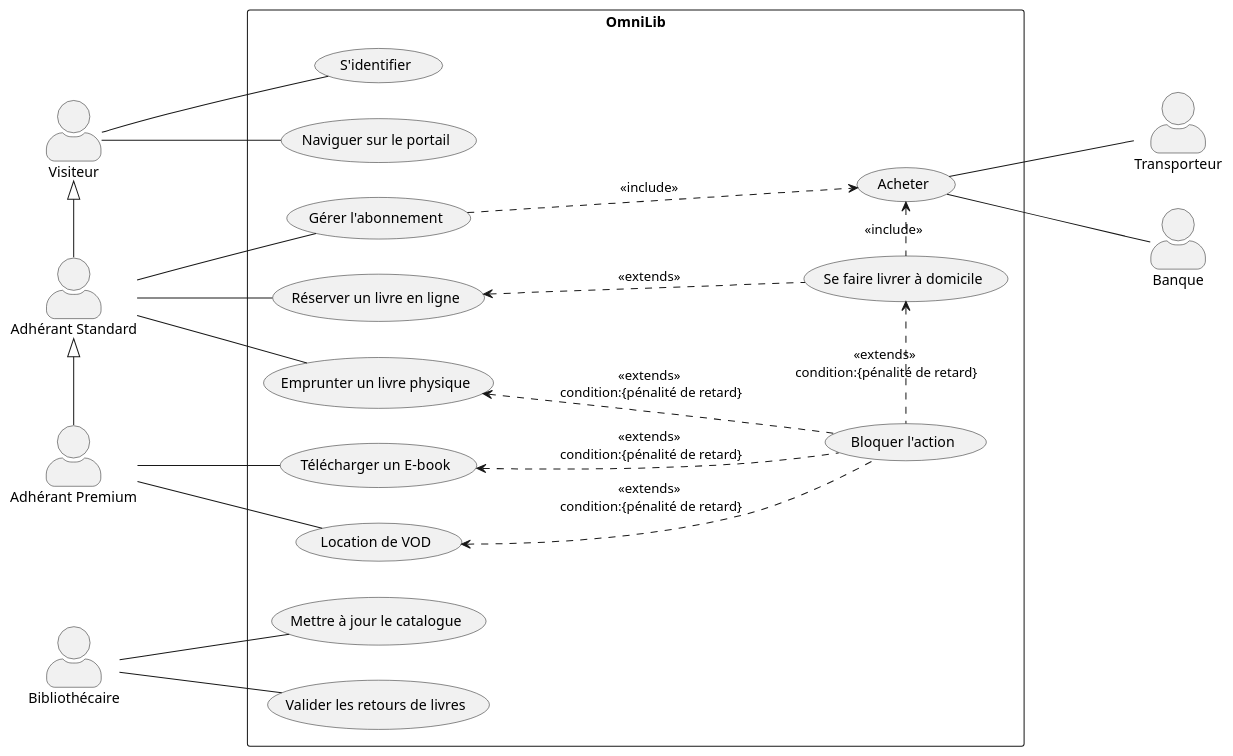
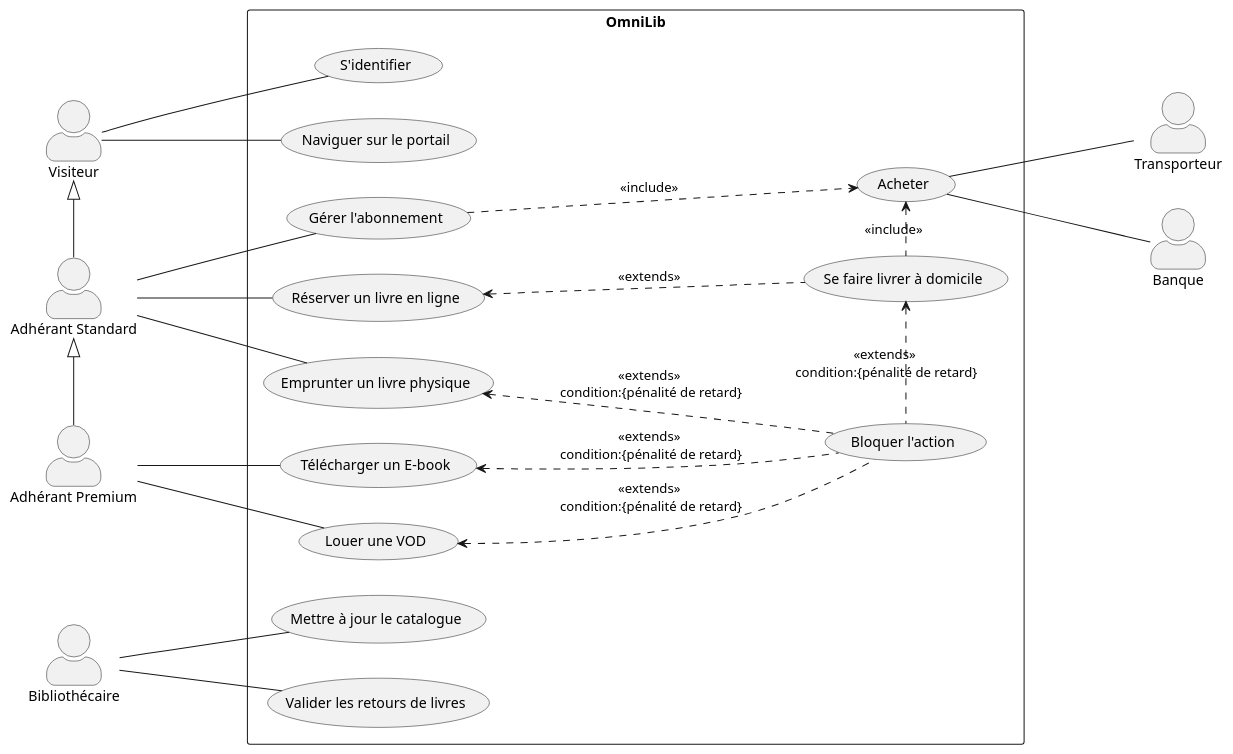
The first of 3 diagrams in README.md (QDeh/OmniLib), drawn with PlantUML before and after one commit. The commit also changed 1 other file, not shown here.

Commit message:
doc: correction du diagramme de cas d'utilisation

````diff
--- a/README.md
+++ b/README.md
@@ -9,58 +9,58 @@
 ```plantuml
 @startuml
 
 skinparam actorStyle awesome
 left to right direction
 
 together{
     actor "Visiteur" as Visiteur
     actor "Adhérant Standard" as AdherantStandard
     actor "Adhérant Premium" as AdherantPremium
 }
 
 actor "Bibliothécaire" as Bibliothecaire
 
 rectangle "OmniLib"{
     usecase "S'identifier" as Identifier
     usecase "Naviguer sur le portail" as Naviguer
     usecase "Gérer l'abonnement" as Gerer
     usecase "Emprunter un livre physique" as Emprunter
     usecase "Réserver un livre en ligne" as Reserver
     usecase "Se faire livrer à domicile" as Livraison
     usecase "Acheter" as Acheter
     usecase "Télécharger un E-book" as Telecharger
-    usecase "Location de VOD" as Location
+    usecase "Louer une VOD" as Louer
     usecase "Bloquer l'action" as Bloquer
     usecase "Mettre à jour le catalogue" as MettreAJour
     usecase "Valider les retours de livres" as Valider 
 }
 
 together{
     actor "Transporteur" as Transporteur
     actor "Banque" as Banque
 }
 
 Visiteur --- Identifier
 Gerer -[hidden]right-> Reserver
 Gerer -.-> Acheter : <<include>>
 AdherantStandard -left-|> Visiteur
 AdherantPremium -left-|> AdherantStandard
 Visiteur --- Naviguer
 AdherantStandard --- Emprunter
 AdherantStandard --- Reserver
 AdherantStandard --- Gerer
 AdherantPremium --- Telecharger
-AdherantPremium --- Location
+AdherantPremium --- Louer
 Reserver <-.- Livraison : <<extends>>
-Location <-.- Bloquer : <<extends>>\n condition:{pénalité de retard}
+Louer <-.- Bloquer : <<extends>>\n condition:{pénalité de retard}
 Telecharger <-.- Bloquer : <<extends>>\n condition:{pénalité de retard}
 Emprunter <-.- Bloquer : <<extends>>\n condition:{pénalité de retard}
 Livraison <-right.- Bloquer : <<extends>>\n condition:{pénalité de retard}
 Livraison -left.-> Acheter : <<include>>
 Acheter --- Transporteur
 Acheter --- Banque
 Bibliothecaire --- MettreAJour
 Bibliothecaire --- Valider
 
 @enduml
 ```
````
